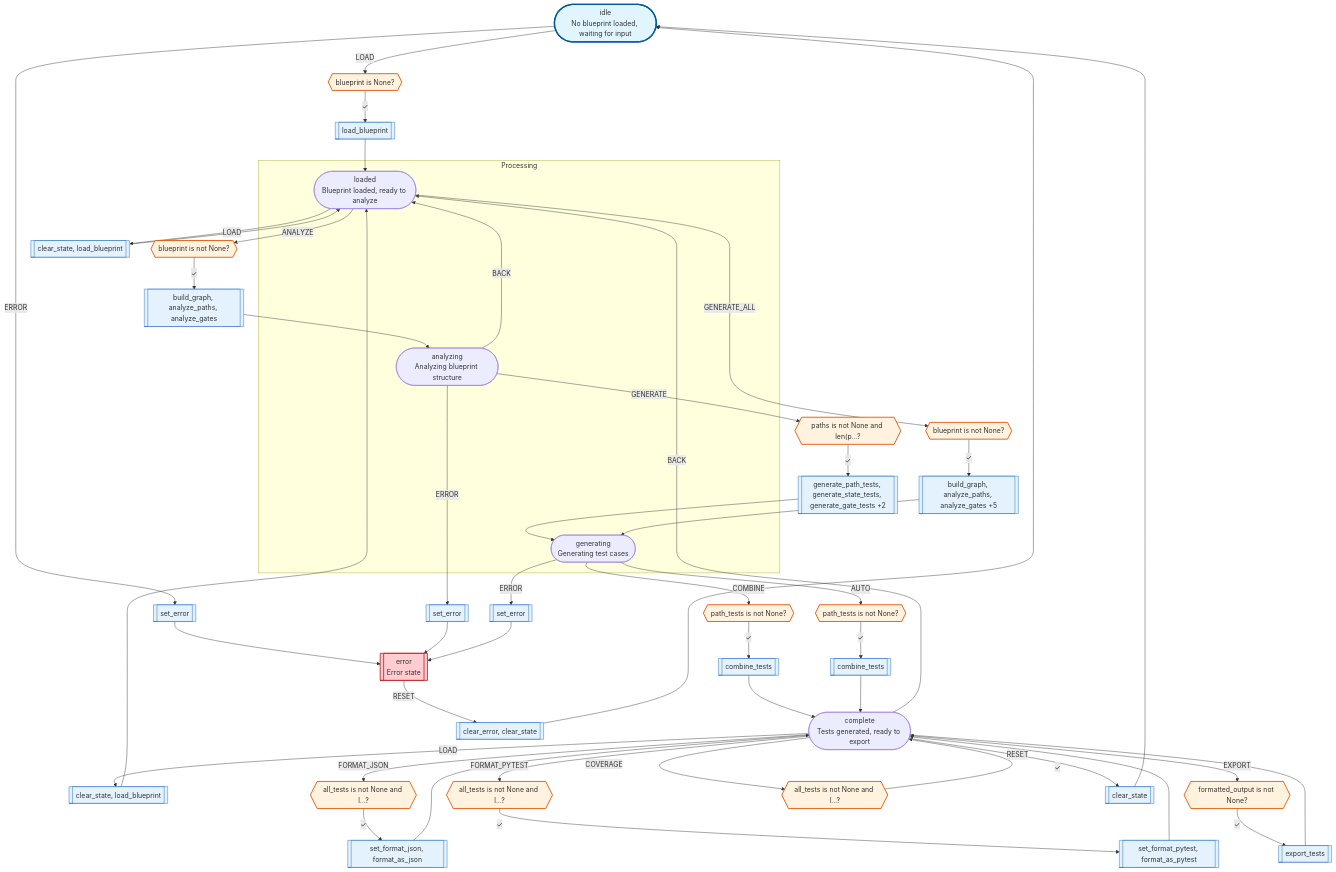
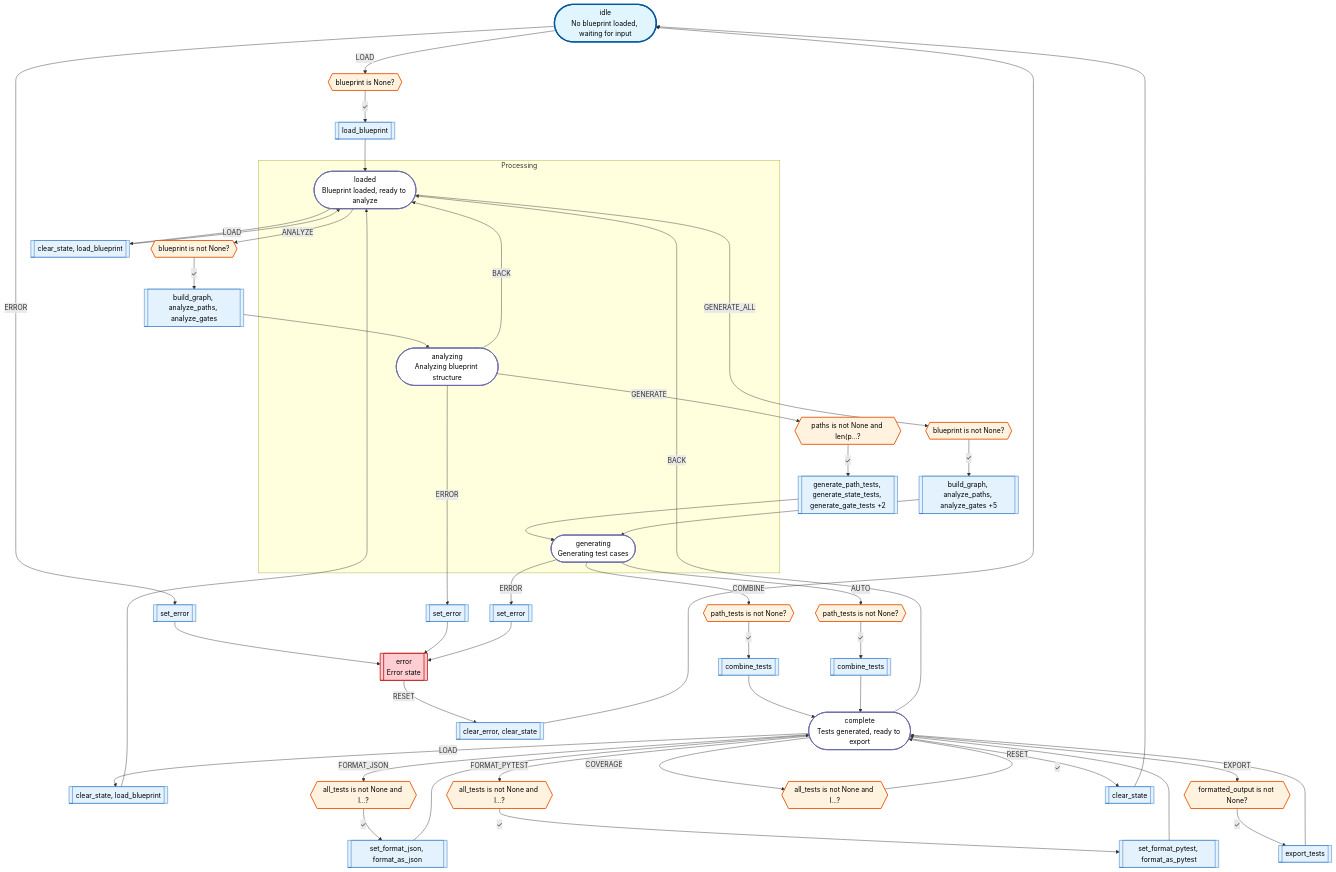
One commit to rhCat/lpp changed the diagram in utils/test_generator/results/test_generator.mmd. Above: the diagram before and after it, drawn with Mermaid. The commit also changed 64 other files, not shown here.

```diff
--- a/utils/test_generator/results/test_generator.mmd
+++ b/utils/test_generator/results/test_generator.mmd
@@ -1,90 +1,91 @@
 flowchart TD
     %% L++ Logic CAD: L++ Test Case Generator
-        state_idle(["idle\nNo blueprint loaded, waiting for input"]):::entry
+        state_idle(["idle<br>No blueprint loaded, waiting for input"]):::entry
     subgraph Processing
-        state_loaded(["loaded\nBlueprint loaded, ready to analyze"])
-        state_analyzing(["analyzing\nAnalyzing blueprint structure"])
-        state_generating(["generating\nGenerating test cases"])
+        state_loaded(["loaded<br>Blueprint loaded, ready to analyze"]):::state
+        state_analyzing(["analyzing<br>Analyzing blueprint structure"]):::state
+        state_generating(["generating<br>Generating test cases"]):::state
     end
-        state_complete(["complete\nTests generated, ready to export"])
-        state_error[["error\nError state"]]:::errorState
+        state_complete(["complete<br>Tests generated, ready to export"]):::state
+        state_error[["error<br>Error state"]]:::errorState
 
     %% Transitions
     gate_t0s0{{"blueprint is None?"}}:::gate
     state_idle -- "LOAD" --> gate_t0s0
     act_t0s0[["load_blueprint"]]:::action
     gate_t0s0 -- ✓ --> act_t0s0
     act_t0s0 --> state_loaded
     act_t1s0[["clear_state, load_blueprint"]]:::action
     state_loaded -- "LOAD" --> act_t1s0
     act_t1s0 --> state_loaded
     act_t2s0[["clear_state, load_blueprint"]]:::action
     state_complete -- "LOAD" --> act_t2s0
     act_t2s0 --> state_loaded
     gate_t3s0{{"blueprint is not None?"}}:::gate
     state_loaded -- "ANALYZE" --> gate_t3s0
     act_t3s0[["build_graph, analyze_paths, analyze_gates"]]:::action
     gate_t3s0 -- ✓ --> act_t3s0
     act_t3s0 --> state_analyzing
     gate_t4s0{{"paths is not None and len(p...?"}}:::gate
     state_analyzing -- "GENERATE" --> gate_t4s0
     act_t4s0[["generate_path_tests, generate_state_tests, generate_gate_tests +2"]]:::action
     gate_t4s0 -- ✓ --> act_t4s0
     act_t4s0 --> state_generating
     gate_t5s0{{"blueprint is not None?"}}:::gate
     state_loaded -- "GENERATE_ALL" --> gate_t5s0
     act_t5s0[["build_graph, analyze_paths, analyze_gates +5"]]:::action
     gate_t5s0 -- ✓ --> act_t5s0
     act_t5s0 --> state_generating
     gate_t6s0{{"path_tests is not None?"}}:::gate
     state_generating -- "COMBINE" --> gate_t6s0
     act_t6s0[["combine_tests"]]:::action
     gate_t6s0 -- ✓ --> act_t6s0
     act_t6s0 --> state_complete
     gate_t7s0{{"path_tests is not None?"}}:::gate
     state_generating -- "AUTO" --> gate_t7s0
     act_t7s0[["combine_tests"]]:::action
     gate_t7s0 -- ✓ --> act_t7s0
     act_t7s0 --> state_complete
     gate_t8s0{{"all_tests is not None and l...?"}}:::gate
     state_complete -- "FORMAT_JSON" --> gate_t8s0
     act_t8s0[["set_format_json, format_as_json"]]:::action
     gate_t8s0 -- ✓ --> act_t8s0
     act_t8s0 --> state_complete
     gate_t9s0{{"all_tests is not None and l...?"}}:::gate
     state_complete -- "FORMAT_PYTEST" --> gate_t9s0
     act_t9s0[["set_format_pytest, format_as_pytest"]]:::action
     gate_t9s0 -- ✓ --> act_t9s0
     act_t9s0 --> state_complete
     gate_t10s0{{"formatted_output is not None?"}}:::gate
     state_complete -- "EXPORT" --> gate_t10s0
     act_t10s0[["export_tests"]]:::action
     gate_t10s0 -- ✓ --> act_t10s0
     act_t10s0 --> state_complete
     gate_t11s0{{"all_tests is not None and l...?"}}:::gate
     state_complete -- "COVERAGE" --> gate_t11s0
     gate_t11s0 -- ✓ --> state_complete
     act_t12s0[["clear_state"]]:::action
     state_complete -- "RESET" --> act_t12s0
     act_t12s0 --> state_idle
     act_t13s0[["clear_error, clear_state"]]:::action
     state_error -- "RESET" --> act_t13s0
     act_t13s0 --> state_idle
     act_t14s0[["set_error"]]:::action
     state_idle -- "ERROR" --> act_t14s0
     act_t14s0 --> state_error
     act_t15s0[["set_error"]]:::action
     state_analyzing -- "ERROR" --> act_t15s0
     act_t15s0 --> state_error
     act_t16s0[["set_error"]]:::action
     state_generating -- "ERROR" --> act_t16s0
     act_t16s0 --> state_error
     state_analyzing -- "BACK" --> state_loaded
     state_complete -- "BACK" --> state_loaded
 
-    %% Styling
-    classDef entry fill:#e1f5fe,stroke:#01579b,stroke-width:3px
-    classDef terminal fill:#c8e6c9,stroke:#2e7d32,stroke-width:3px
-    classDef errorState fill:#ffcdd2,stroke:#c62828,stroke-width:2px
-    classDef gate fill:#fff3e0,stroke:#e65100,stroke-width:2px
-    classDef action fill:#e3f2fd,stroke:#1565c0,stroke-width:1px
+    %% Styling - ALL shapes have explicit fill and black text
+    classDef entry fill:#e1f5fe,stroke:#01579b,stroke-width:3px,color:#000
+    classDef terminal fill:#c8e6c9,stroke:#2e7d32,stroke-width:3px,color:#000
+    classDef errorState fill:#ffcdd2,stroke:#c62828,stroke-width:2px,color:#000
+    classDef state fill:#ffffff,stroke:#6a6aaa,stroke-width:2px,color:#000
+    classDef gate fill:#fff3e0,stroke:#e65100,stroke-width:2px,color:#000
+    classDef action fill:#e3f2fd,stroke:#1565c0,stroke-width:1px,color:#000
```
